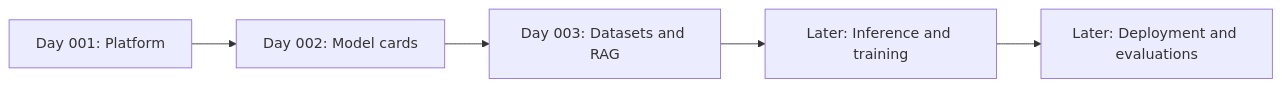
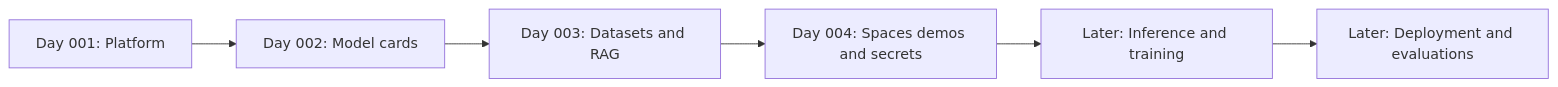
Before and after one commit to codetherapistpita-oss/codetherapistpita-oss: the diagram in knowledge-hub/05-AI-AND-LLMS/AI-ACADEMY/PLATFORMS/HUGGING-FACE/SEASON-01/README.md, drawn with Mermaid. The commit also changed other lines of this file, not shown here.

Commit message:
academy: index verified Claude release and HF Day 004

````diff
--- a/knowledge-hub/05-AI-AND-LLMS/AI-ACADEMY/PLATFORMS/HUGGING-FACE/SEASON-01/README.md
+++ b/knowledge-hub/05-AI-AND-LLMS/AI-ACADEMY/PLATFORMS/HUGGING-FACE/SEASON-01/README.md
@@ -19,7 +20,8 @@
 ```mermaid
 flowchart LR
  A[Day 001: Platform] --> B[Day 002: Model cards]
  B --> C[Day 003: Datasets and RAG]
- C --> D[Later: Inference and training]
- D --> E[Later: Deployment and evaluations]
+ C --> D[Day 004: Spaces demos and secrets]
+ D --> E[Later: Inference and training]
+ E --> F[Later: Deployment and evaluations]
 ```
````
